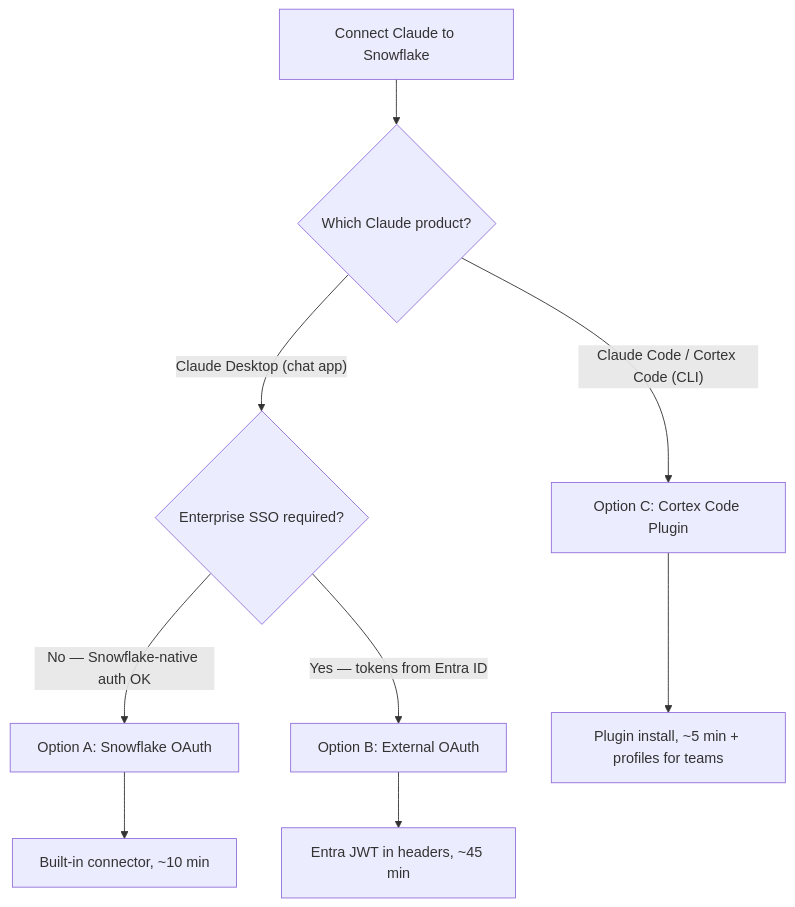
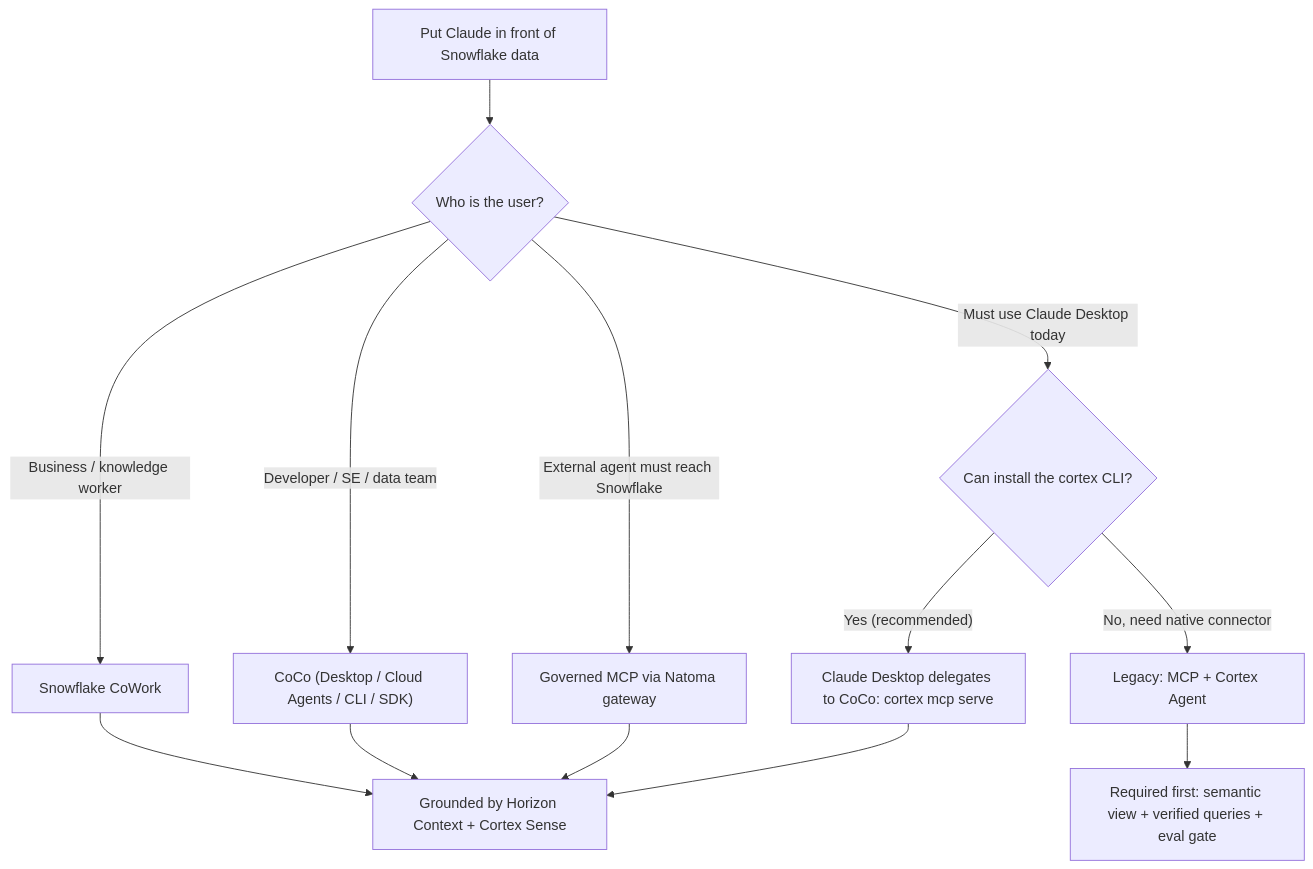
The second of 2 diagrams in guide-connecting-claude-snowflake/README.md (sfc-gh-miwhitaker/sfe-public), drawn with Mermaid before and after one commit. The commit also changed other lines of this file and 6 other files, not shown here.

Commit message:
docs(guide-connecting-claude-snowflake): rebuild guide post-Summit 26 around context over connection

````diff
--- a/guide-connecting-claude-snowflake/README.md
+++ b/guide-connecting-claude-snowflake/README.md
@@ -55,14 +77,18 @@
 ```mermaid
 flowchart TD
-    Start["Connect Claude to Snowflake"] --> Q1{"Which Claude product?"}
+    Start["Put Claude in front of Snowflake data"] --> Q1{"Who is the user?"}
 
-    Q1 -->|"Claude Desktop (chat app)"| Q2{"Enterprise SSO required?"}
-    Q1 -->|"Claude Code / Cortex Code (CLI)"| OptionC["Option C: Cortex Code Plugin"]
+    Q1 -->|"Business / knowledge worker"| CoWork["Snowflake CoWork"]
+    Q1 -->|"Developer / SE / data team"| CoCo["CoCo (Desktop / Cloud Agents / CLI / SDK)"]
+    Q1 -->|"External agent must reach Snowflake"| Gov["Governed MCP via Natoma gateway"]
+    Q1 -->|"Must use Claude Desktop today"| CD{"Can install the cortex CLI?"}
 
-    Q2 -->|"No — Snowflake-native auth OK"| OptionA["Option A: Snowflake OAuth"]
-    Q2 -->|"Yes — tokens from Entra ID"| OptionB["Option B: External OAuth"]
+    CD -->|"Yes (recommended)"| Delegate["Claude Desktop delegates to CoCo: cortex mcp serve"]
+    CD -->|"No, need native connector"| Legacy["Legacy: MCP + Cortex Agent"]
 
-    OptionA --> ResultA["Built-in connector, ~10 min"]
-    OptionB --> ResultB["Entra JWT in headers, ~45 min"]
-    OptionC --> ResultC["Plugin install, ~5 min + profiles for teams"]
+    CoWork --> CtxNote["Grounded by Horizon Context + Cortex Sense"]
+    CoCo --> CtxNote
+    Gov --> CtxNote
+    Delegate --> CtxNote
+    Legacy --> Fix["Required first: semantic view + verified queries + eval gate"]
 ```
````
